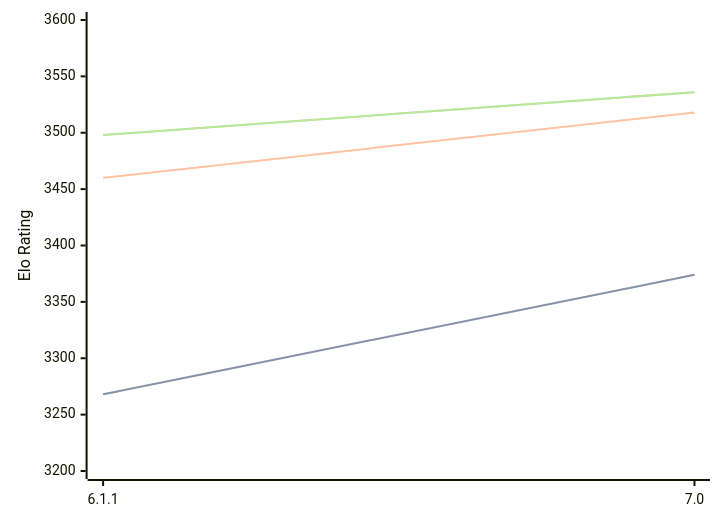
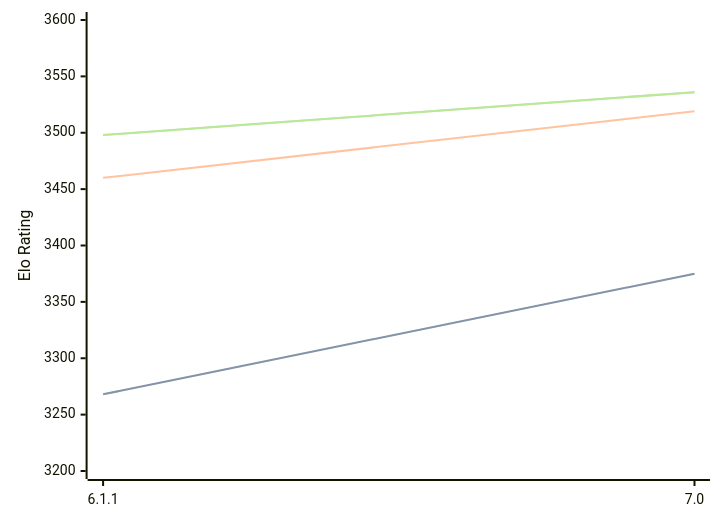
One commit to computer-chess-index/cci changed the first of 3 diagrams in engines/Astra.md. Above: the diagram before and after it, drawn with Mermaid. The commit also changed other lines of this file, not shown here.

````diff
--- a/engines/Astra.md
+++ b/engines/Astra.md
@@ -44,11 +44,11 @@
 ```mermaid
 %%{init: {"theme":"base","themeVariables":{"seriesColors:['#a3a3a3','#222221','#faa371']}}}%%
 xychart-beta
   x-axis ["6.1.1", "7.0"]
   y-axis "Elo Rating" 3200 --> 3600
-  line "STC (8.0+0.08s)" [3268, 3374]
-  line "STC (8.0+0.08s)" [3268, 3374]
-  line "LTC (60.0+0.60s)" [3460, 3518]
+  line "STC (8.0+0.08s)" [3268, 3375]
+  line "STC (8.0+0.08s)" [3268, 3375]
+  line "LTC (60.0+0.60s)" [3460, 3519]
   line "VLTC (2m24s+1.12s)" [3498, 3536]
   line "VLTC (2m24s+1.12s)" [3498, 3536]
 ```
````
